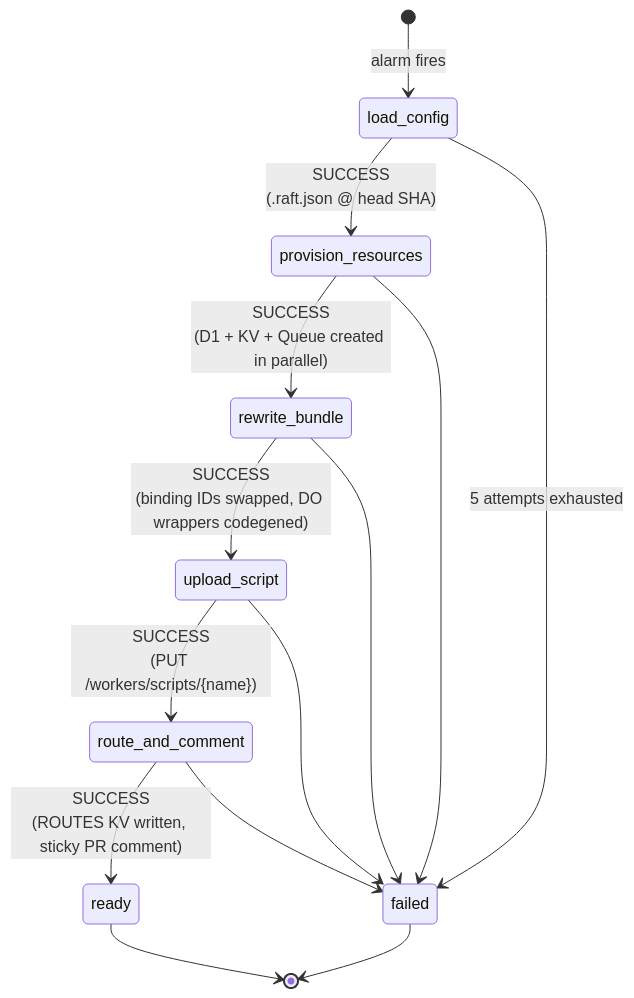
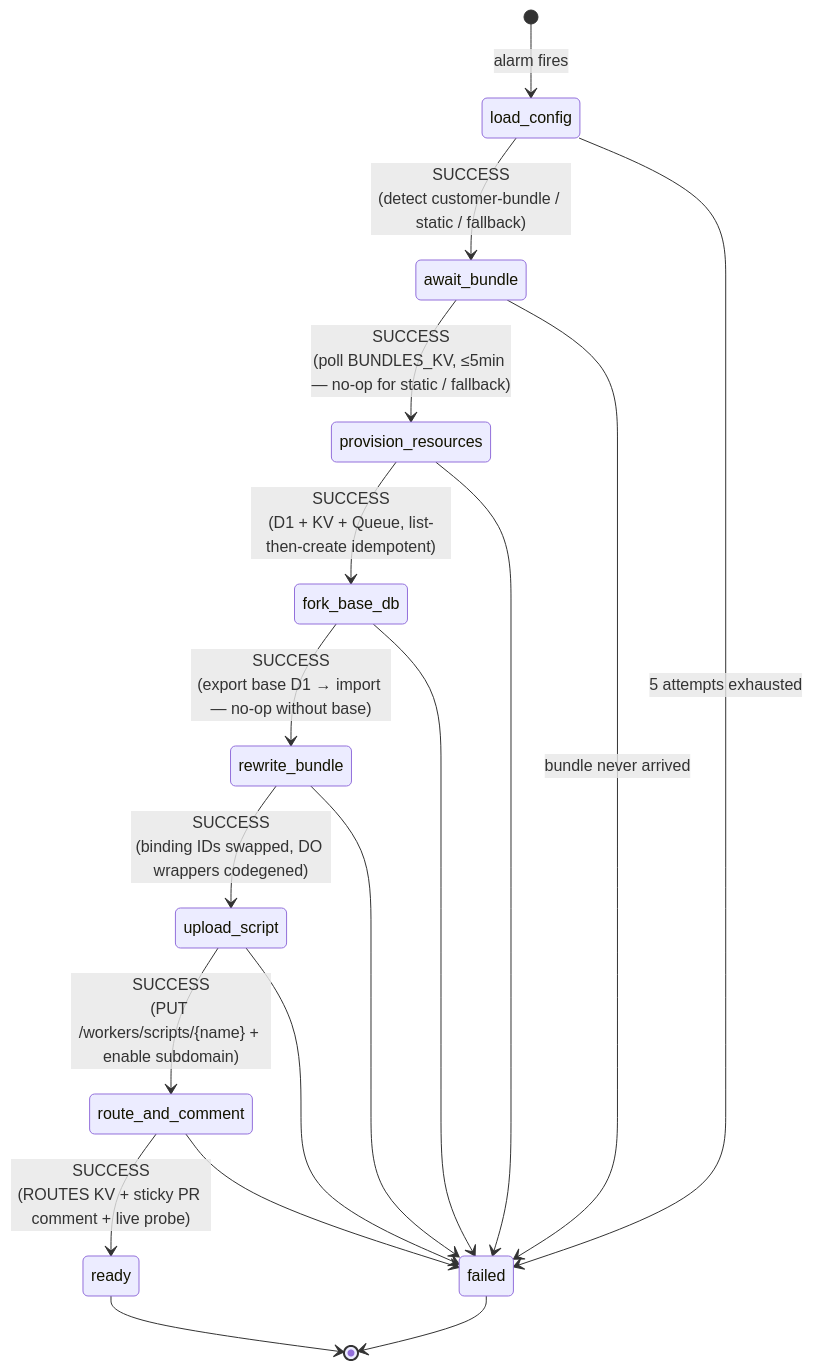
Before and after one commit to Adi-gitX/Rift: the second of 3 diagrams in SUBMISSION.md, drawn with Mermaid. The commit also changed other lines of this file, not shown here.

````diff
--- a/SUBMISSION.md
+++ b/SUBMISSION.md
@@ -101,17 +111,21 @@
 ```mermaid
 stateDiagram-v2
   [*] --> load_config: alarm fires
-  load_config --> provision_resources: SUCCESS<br/>(.raft.json @ head SHA)
-  provision_resources --> rewrite_bundle: SUCCESS<br/>(D1 + KV + Queue created in parallel)
+  load_config --> await_bundle: SUCCESS<br/>(detect customer-bundle / static / fallback)
+  await_bundle --> provision_resources: SUCCESS<br/>(poll BUNDLES_KV, ≤5min — no-op for static / fallback)
+  provision_resources --> fork_base_db: SUCCESS<br/>(D1 + KV + Queue, list-then-create idempotent)
+  fork_base_db --> rewrite_bundle: SUCCESS<br/>(export base D1 → import — no-op without base)
   rewrite_bundle --> upload_script: SUCCESS<br/>(binding IDs swapped, DO wrappers codegened)
-  upload_script --> route_and_comment: SUCCESS<br/>(PUT /workers/scripts/{name})
-  route_and_comment --> ready: SUCCESS<br/>(ROUTES KV written, sticky PR comment)
+  upload_script --> route_and_comment: SUCCESS<br/>(PUT /workers/scripts/{name} + enable subdomain)
+  route_and_comment --> ready: SUCCESS<br/>(ROUTES KV + sticky PR comment + live probe)
   ready --> [*]
 
   load_config --> failed: 5 attempts exhausted
+  await_bundle --> failed: bundle never arrived
   provision_resources --> failed
+  fork_base_db --> failed
   rewrite_bundle --> failed
   upload_script --> failed
   route_and_comment --> failed
   failed --> [*]
 ```
````
